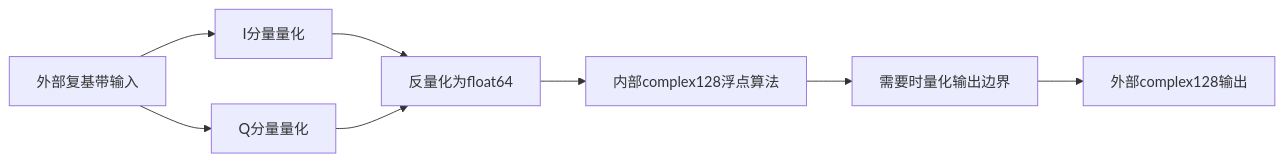
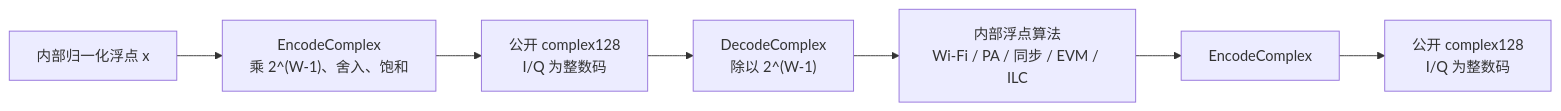
The first of 3 diagrams in doc/FixedPoint.md (niyilu45/DPD_ILC), drawn with Mermaid before and after one commit. The commit also changed other lines of this file and 17 other files, not shown here.

````diff
--- a/doc/FixedPoint.md
+++ b/doc/FixedPoint.md
@@ -16,10 +19,9 @@
 ```mermaid
 flowchart LR
-    a["外部复基带输入"] --> b["I分量量化"]
-    a --> c["Q分量量化"]
-    b --> d["反量化为float64"]
-    c --> d
-    d --> e["内部complex128浮点算法"]
-    e --> f["需要时量化输出边界"]
-    f --> g["外部complex128输出"]
+    physicalInput["内部归一化浮点 x"] --> encode["EncodeComplex<br/>乘 2^(W-1)、舍入、饱和"]
+    encode --> publicInput["公开 complex128<br/>I/Q 为整数码"]
+    publicInput --> decode["DecodeComplex<br/>除以 2^(W-1)"]
+    decode --> algorithm["内部浮点算法<br/>Wi-Fi / PA / 同步 / EVM / ILC"]
+    algorithm --> outputEncode["EncodeComplex"]
+    outputEncode --> publicOutput["公开 complex128<br/>I/Q 为整数码"]
 ```
````
